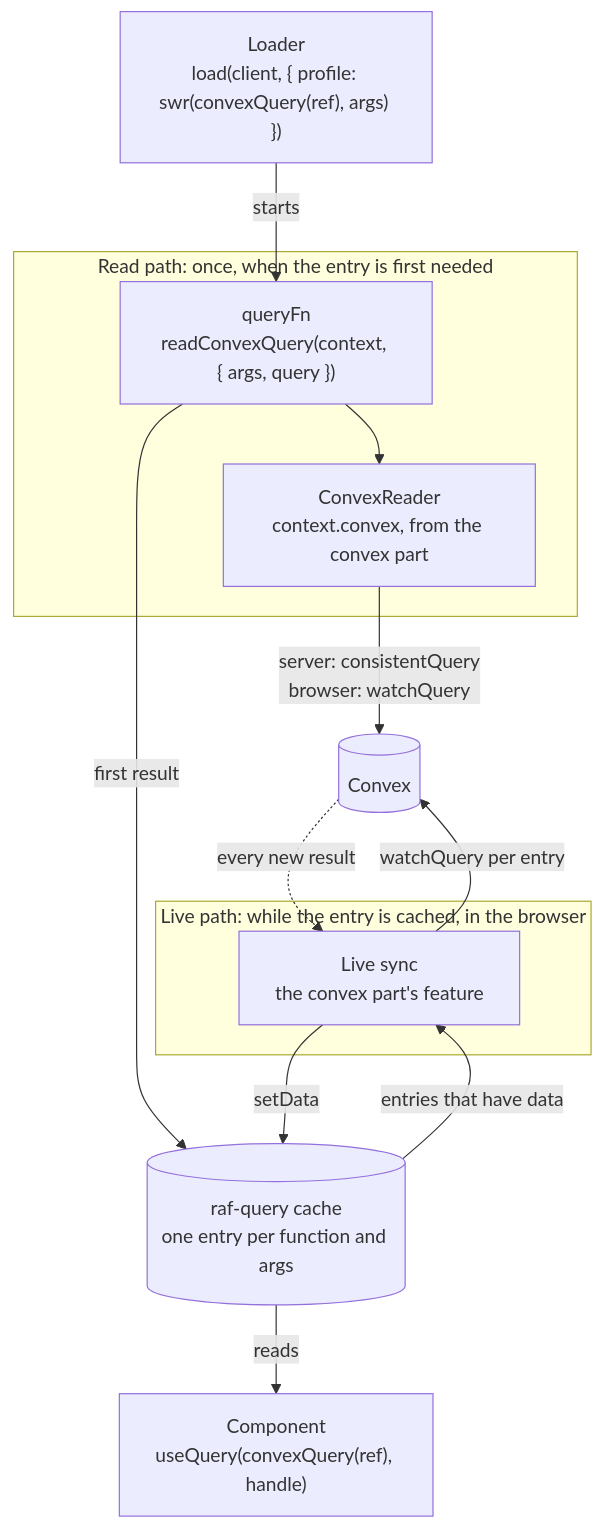
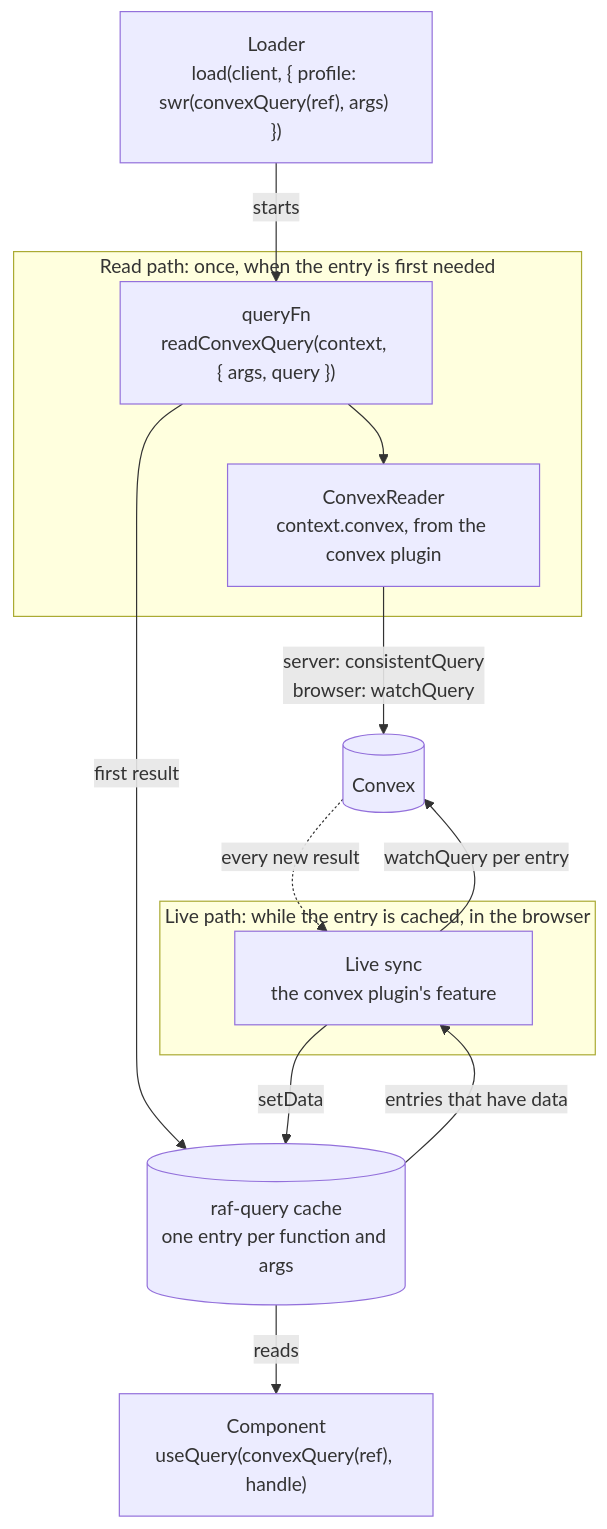
Before and after one commit to KATTCORP/isbabyoutyet: the first of 5 diagrams in packages/convex-query/README.md, drawn with Mermaid. The commit also changed other lines of this file and 12 other files, not shown here.

````diff
--- a/packages/convex-query/README.md
+++ b/packages/convex-query/README.md
@@ -109,28 +111,28 @@
 ```mermaid
 flowchart TB
   loader["Loader<br/>load(client, { profile: swr(convexQuery(ref), args) })"]
 
   subgraph read["Read path: once, when the entry is first needed"]
     queryFn["queryFn<br/>readConvexQuery(context, { args, query })"]
-    reader["ConvexReader<br/>context.convex, from the convex part"]
+    reader["ConvexReader<br/>context.convex, from the convex plugin"]
     queryFn --> reader
   end
 
   convex[("Convex")]
   cache[("raf-query cache<br/>one entry per function and args")]
 
   subgraph livePath["Live path: while the entry is cached, in the browser"]
-    live["Live sync<br/>the convex part's feature"]
+    live["Live sync<br/>the convex plugin's feature"]
   end
 
   component["Component<br/>useQuery(convexQuery(ref), handle)"]
 
   loader -->|"starts"| queryFn
   reader -->|"server: consistentQuery<br/>browser: watchQuery"| convex
   queryFn -->|"first result"| cache
   cache -->|"entries that have data"| live
   live -->|"watchQuery per entry"| convex
   convex -.->|"every new result"| live
   live -->|"setData"| cache
   cache -->|"reads"| component
 ```
````
